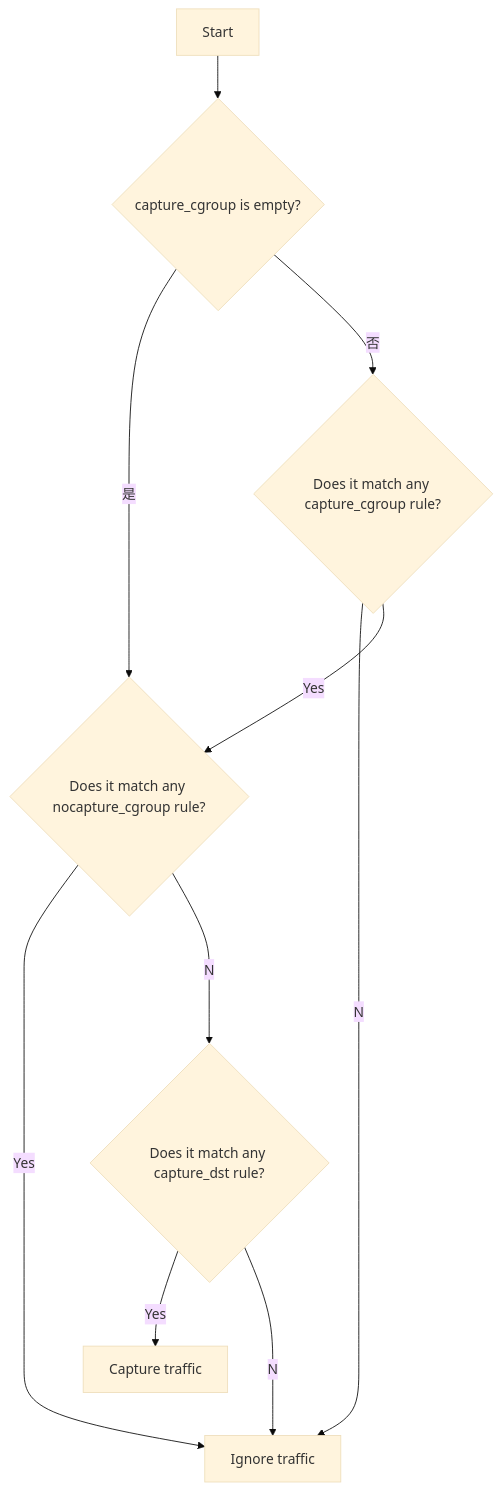
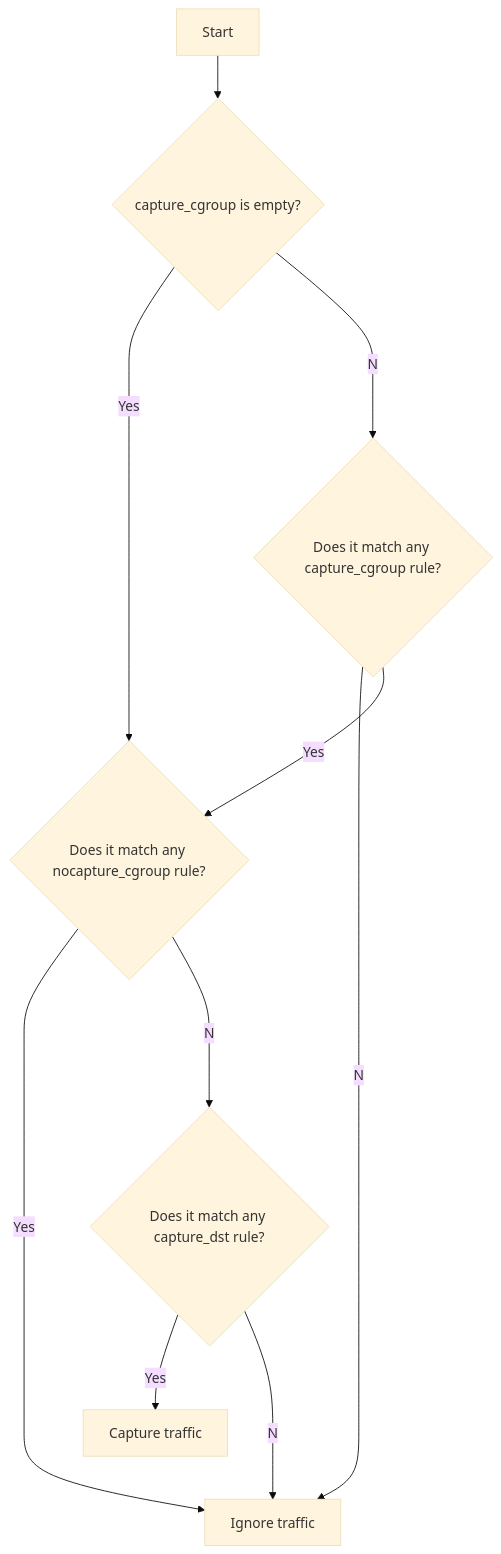
Before and after one commit to inclavare-containers/TNG: the diagram in docs/configuration.md, drawn with Mermaid (base theme). The commit also changed other lines of this file and 11 other files, not shown here.

````diff
--- a/docs/configuration.md
+++ b/docs/configuration.md
@@ -130,12 +141,12 @@
 ```mermaid
 flowchart TD
     A[Start] --> G{capture_cgroup is empty?}
-    G --是--> D
-    G --否--> B{Does it match any capture_cgroup rule?}
+    G --Yes--> D
+    G --No--> B{Does it match any capture_cgroup rule?}
     B --No--> C[Ignore traffic]
     B --Yes--> D{Does it match any nocapture_cgroup rule?}
     D --Yes--> C
     D --No--> E{Does it match any capture_dst rule?}
     E --Yes--> F[Capture traffic]
     E --No--> C
 ```
````
